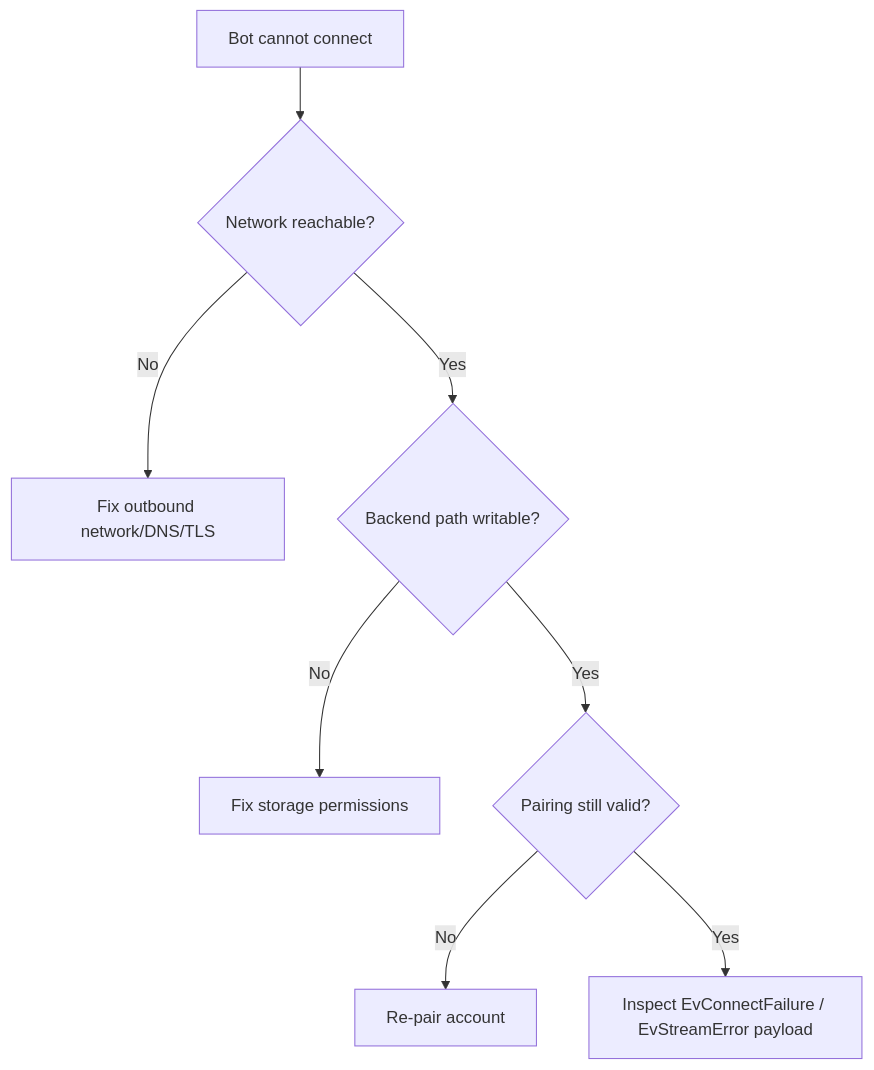
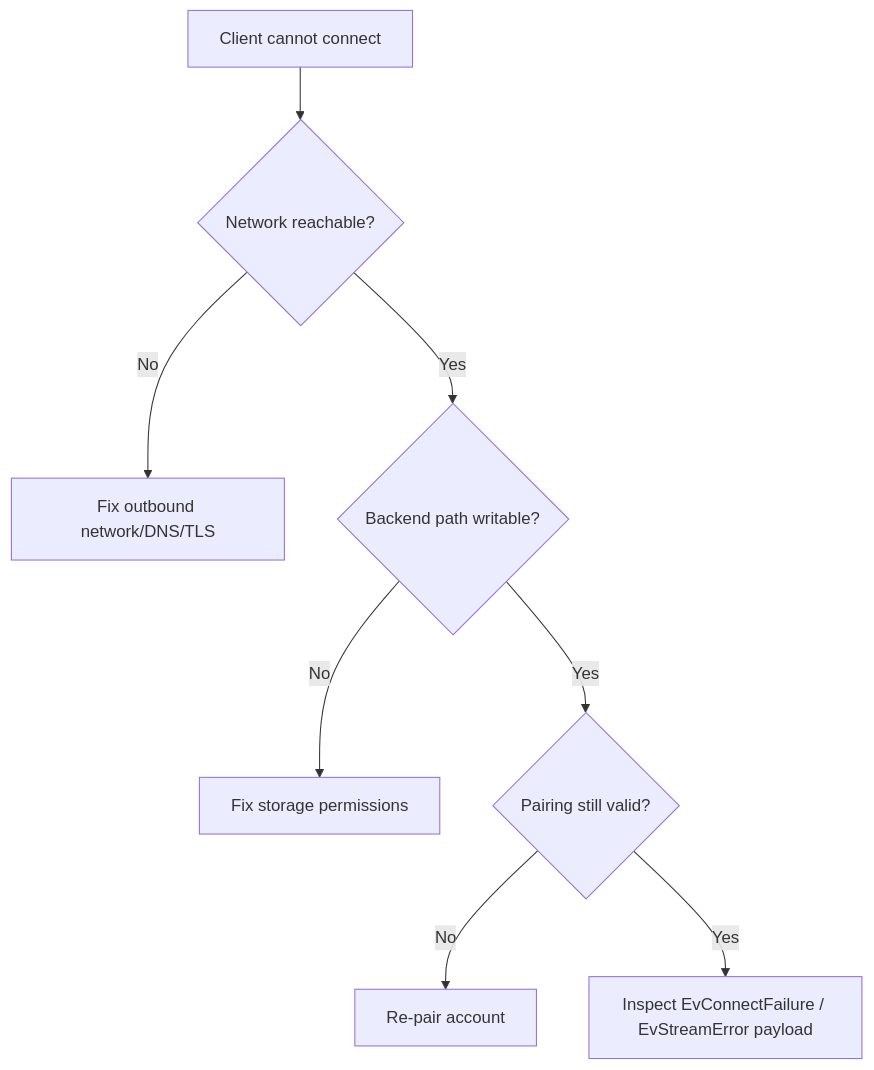
One commit to krypton-byte/tryx changed the diagram in docs/operations/troubleshooting.md. Above: the diagram before and after it, drawn with Mermaid. The commit also changed 52 other files, not shown here.

First line of the commit message:
Refactor bot terminology to client in documentation and codebase

````diff
--- a/docs/operations/troubleshooting.md
+++ b/docs/operations/troubleshooting.md
@@ -7,10 +7,10 @@
 ```mermaid
 flowchart TD
-	A[Bot cannot connect] --> B{Network reachable?}
+	A[Client cannot connect] --> B{Network reachable?}
 	B -- No --> B1[Fix outbound network/DNS/TLS]
 	B -- Yes --> C{Backend path writable?}
 	C -- No --> C1[Fix storage permissions]
 	C -- Yes --> D{Pairing still valid?}
 	D -- No --> D1[Re-pair account]
 	D -- Yes --> E[Inspect EvConnectFailure / EvStreamError payload]
 ```
````
